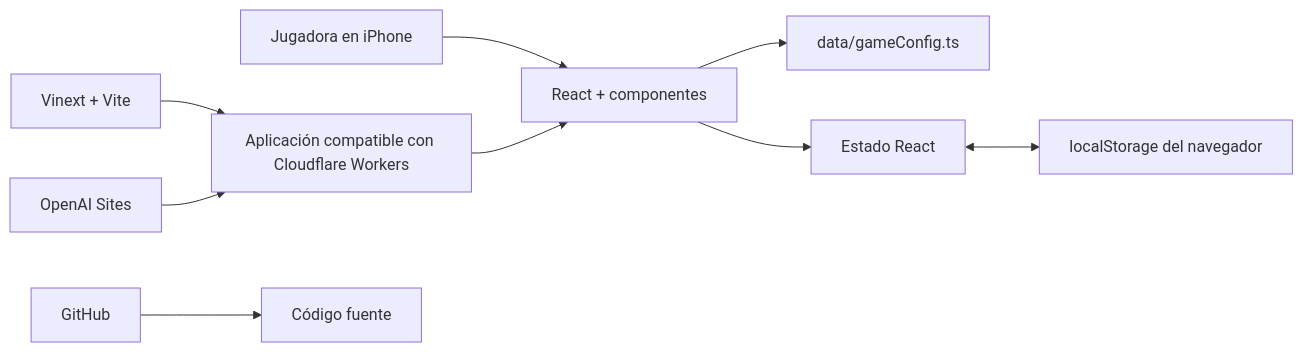
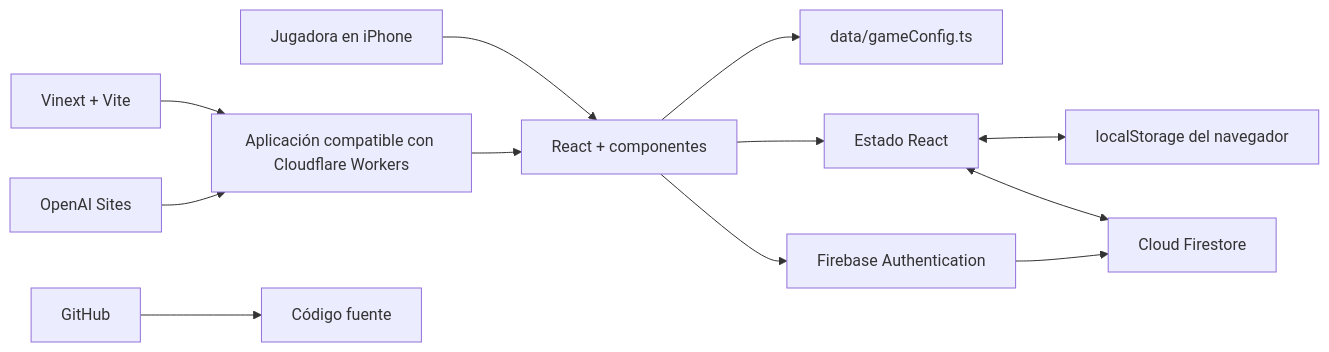
One commit to javism15/entrenosotros changed the second of 2 diagrams in DOCUMENTACION.md. Above: the diagram before and after it, drawn with Mermaid. The commit also changed other lines of this file and 15 other files, not shown here.

````diff
--- a/DOCUMENTACION.md
+++ b/DOCUMENTACION.md
@@ -274,11 +293,14 @@
 ```mermaid
 flowchart LR
     U[Jugadora en iPhone] --> UI[React + componentes]
     UI --> CFG[data/gameConfig.ts]
     UI --> STATE[Estado React]
+    UI --> AUTH[Firebase Authentication]
     STATE <--> LS[localStorage del navegador]
+    STATE <--> DB[Cloud Firestore]
+    AUTH --> DB
     BUILD[Vinext + Vite] --> WORKER[Aplicación compatible con Cloudflare Workers]
     WORKER --> UI
     SITES[OpenAI Sites] --> WORKER
     GH[GitHub] --> SOURCE[Código fuente]
 ```
````
